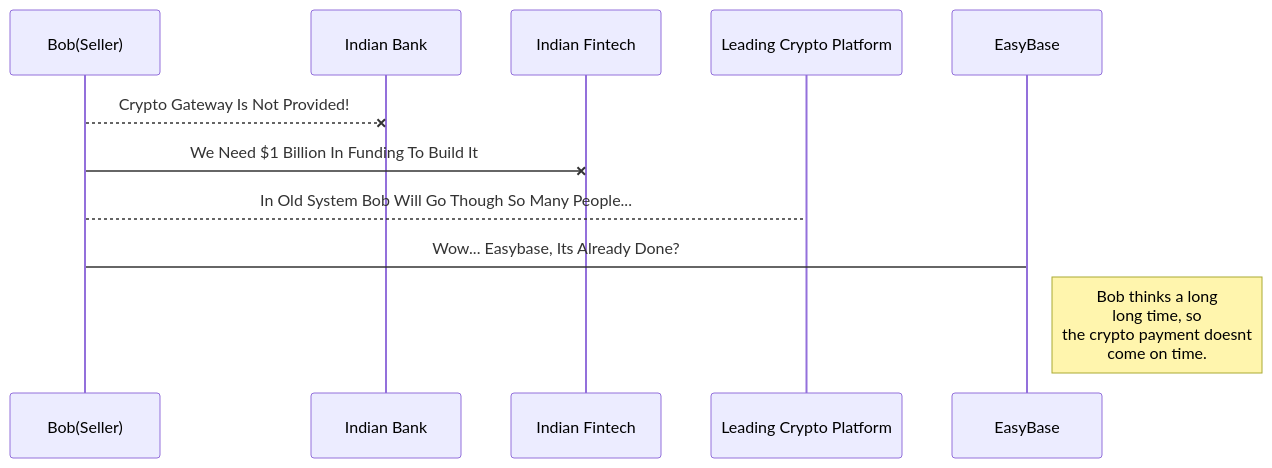
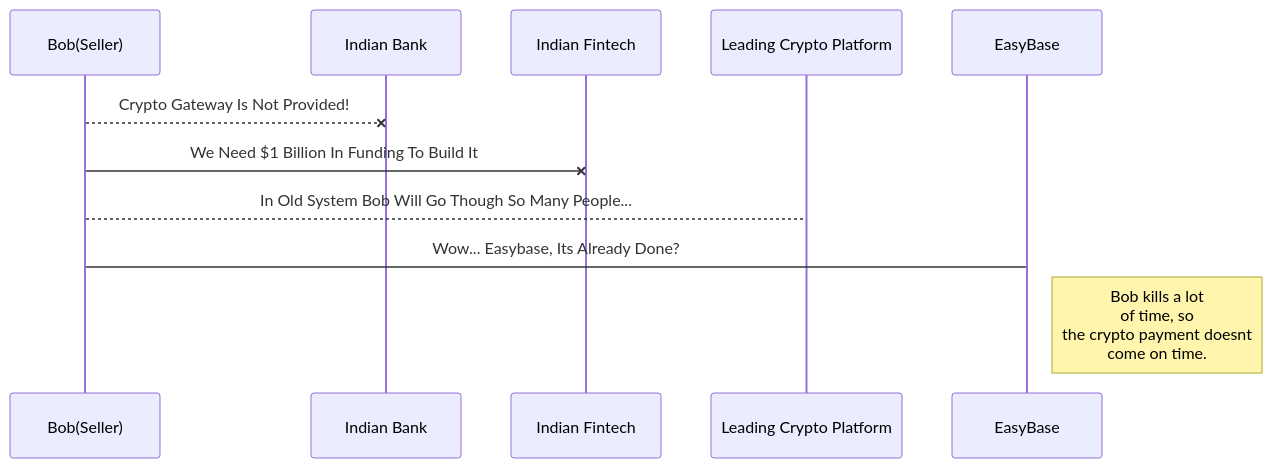
One commit to speedily/easyb changed the first of 2 diagrams in README.md. Above: the diagram before and after it, drawn with Mermaid.

````diff
--- a/README.md
+++ b/README.md
@@ -39,11 +39,11 @@
 ```mermaid
 sequenceDiagram
 
 Bob(Seller)--x Indian Bank: Crypto Gateway Is Not Provided!
 Bob(Seller)-x Indian Fintech: We Need $1 Billion In Funding To Build It
 
 
 Bob(Seller)-->Leading Crypto Platform: In Old System Bob Will Go Though So Many People...
 Bob(Seller)->EasyBase: Wow... Easybase, Its Already Done?
-Note right of EasyBase: Bob thinks a long<br/>long time, so <br/> the crypto payment doesnt<br/>come on time.
+Note right of EasyBase: Bob kills a lot<br/>of time, so <br/> the crypto payment doesnt<br/>come on time.
 ```
````
